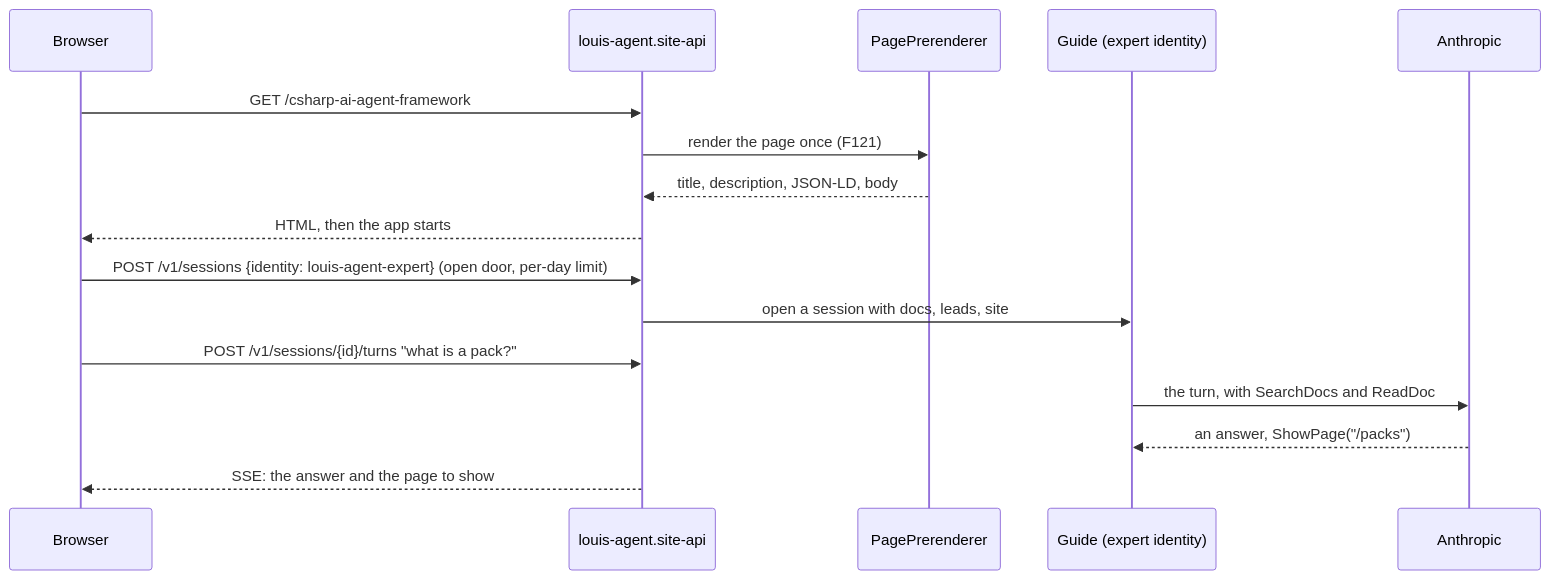
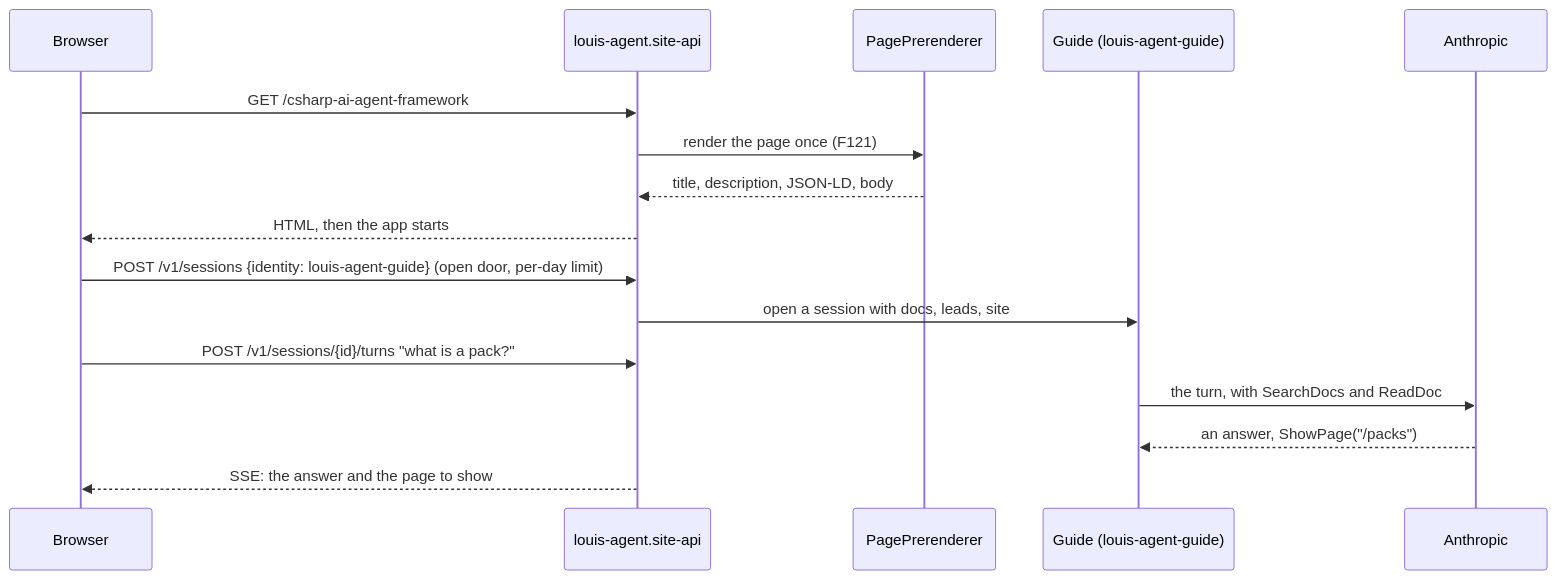
Before and after one commit to bosbevk/louis-agent: the third of 4 diagrams in src/docs/plans/F124-the-frameworks-website.md, drawn with Mermaid. The commit also changed other lines of this file and 1 other file, not shown here.

Commit message:
docs(f124): the plan with Louis's picks - 1A, 2A, 3B (the guide renamed louis-agent-guide)

````diff
--- a/src/docs/plans/F124-the-frameworks-website.md
+++ b/src/docs/plans/F124-the-frameworks-website.md
@@ -98,18 +112,18 @@
 ```mermaid
 sequenceDiagram
     participant B as Browser
     participant S as louis-agent.site-api
     participant P as PagePrerenderer
-    participant G as Guide (expert identity)
+    participant G as Guide (louis-agent-guide)
     participant A as Anthropic
     B->>S: GET /csharp-ai-agent-framework
     S->>P: render the page once (F121)
     P-->>S: title, description, JSON-LD, body
     S-->>B: HTML, then the app starts
-    B->>S: POST /v1/sessions {identity: louis-agent-expert} (open door, per-day limit)
+    B->>S: POST /v1/sessions {identity: louis-agent-guide} (open door, per-day limit)
     S->>G: open a session with docs, leads, site
     B->>S: POST /v1/sessions/{id}/turns "what is a pack?"
     G->>A: the turn, with SearchDocs and ReadDoc
     A-->>G: an answer, ShowPage("/packs")
     S-->>B: SSE: the answer and the page to show
 ```
````
